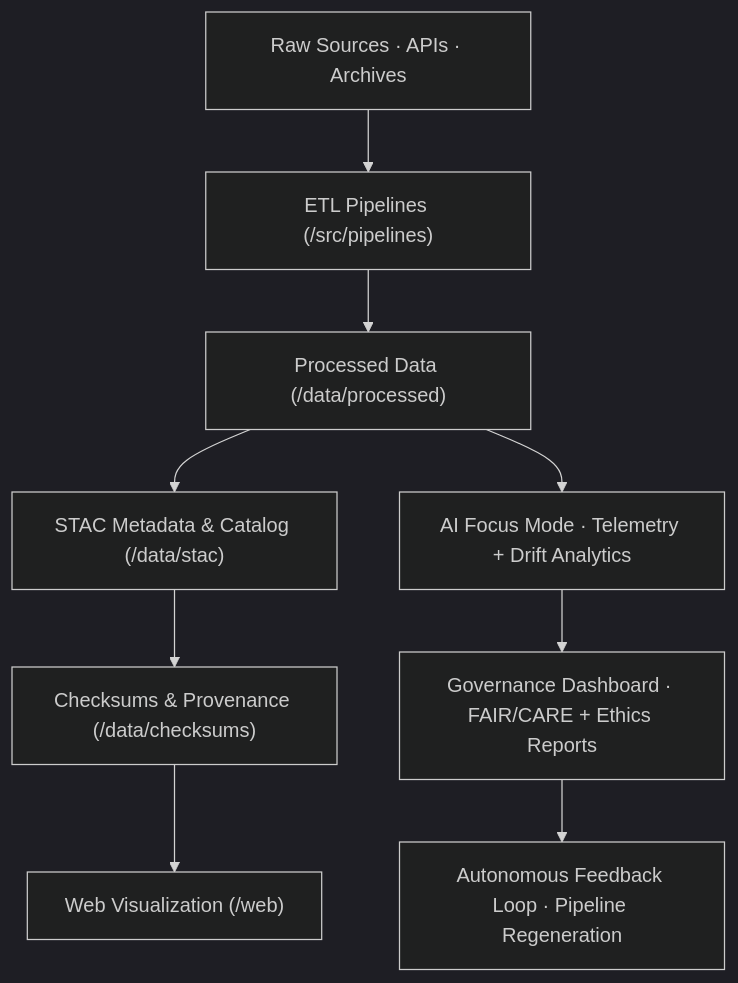
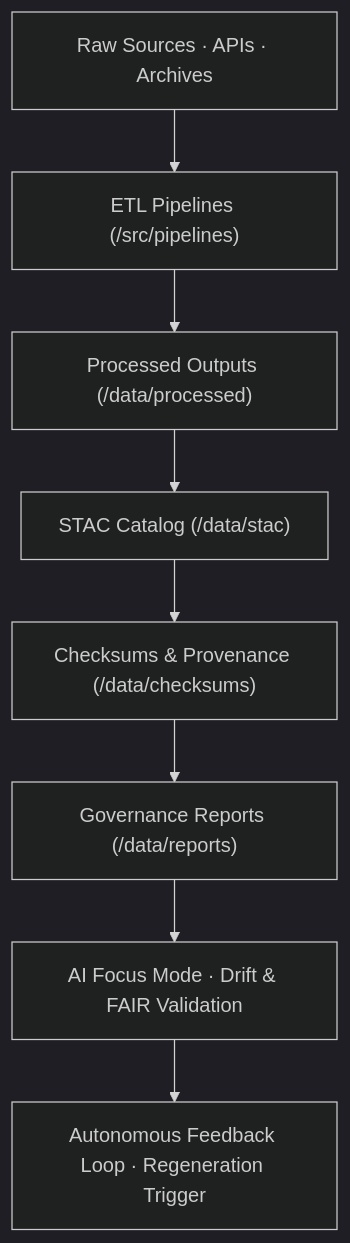
One commit to bartytime4life/Kansas-Frontier-Matrix changed the first of 2 diagrams in data/ARCHITECTURE.md. Above: the diagram before and after it, drawn with Mermaid (dark theme). The commit also changed other lines of this file, not shown here.

````diff
--- a/data/ARCHITECTURE.md
+++ b/data/ARCHITECTURE.md
@@ -62,11 +64,10 @@
 ```mermaid
 graph TD
   A["Raw Sources · APIs · Archives"] --> B["ETL Pipelines (/src/pipelines)"]
-  B --> C["Processed Data (/data/processed)"]
-  C --> D["STAC Metadata & Catalog (/data/stac)"]
+  B --> C["Processed Outputs (/data/processed)"]
+  C --> D["STAC Catalog (/data/stac)"]
   D --> E["Checksums & Provenance (/data/checksums)"]
-  E --> F["Web Visualization (/web)"]
-  C --> G["AI Focus Mode · Telemetry + Drift Analytics"]
-  G --> H["Governance Dashboard · FAIR/CARE + Ethics Reports"]
-  H --> I["Autonomous Feedback Loop · Pipeline Regeneration"]
+  E --> F["Governance Reports (/data/reports)"]
+  F --> G["AI Focus Mode · Drift & FAIR Validation"]
+  G --> H["Autonomous Feedback Loop · Regeneration Trigger"]
 ```
````
